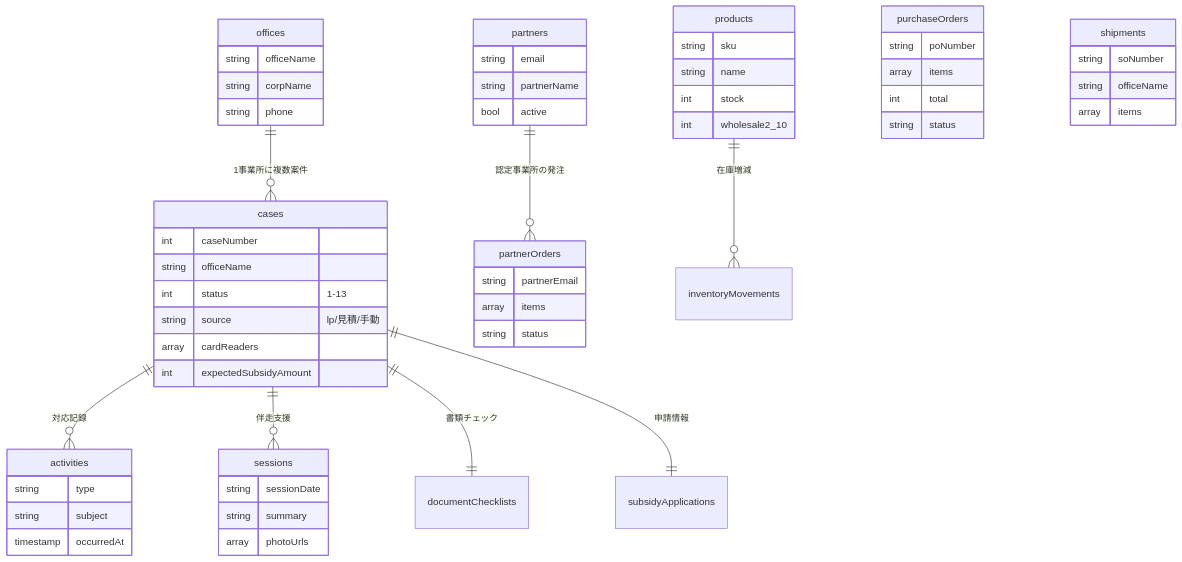
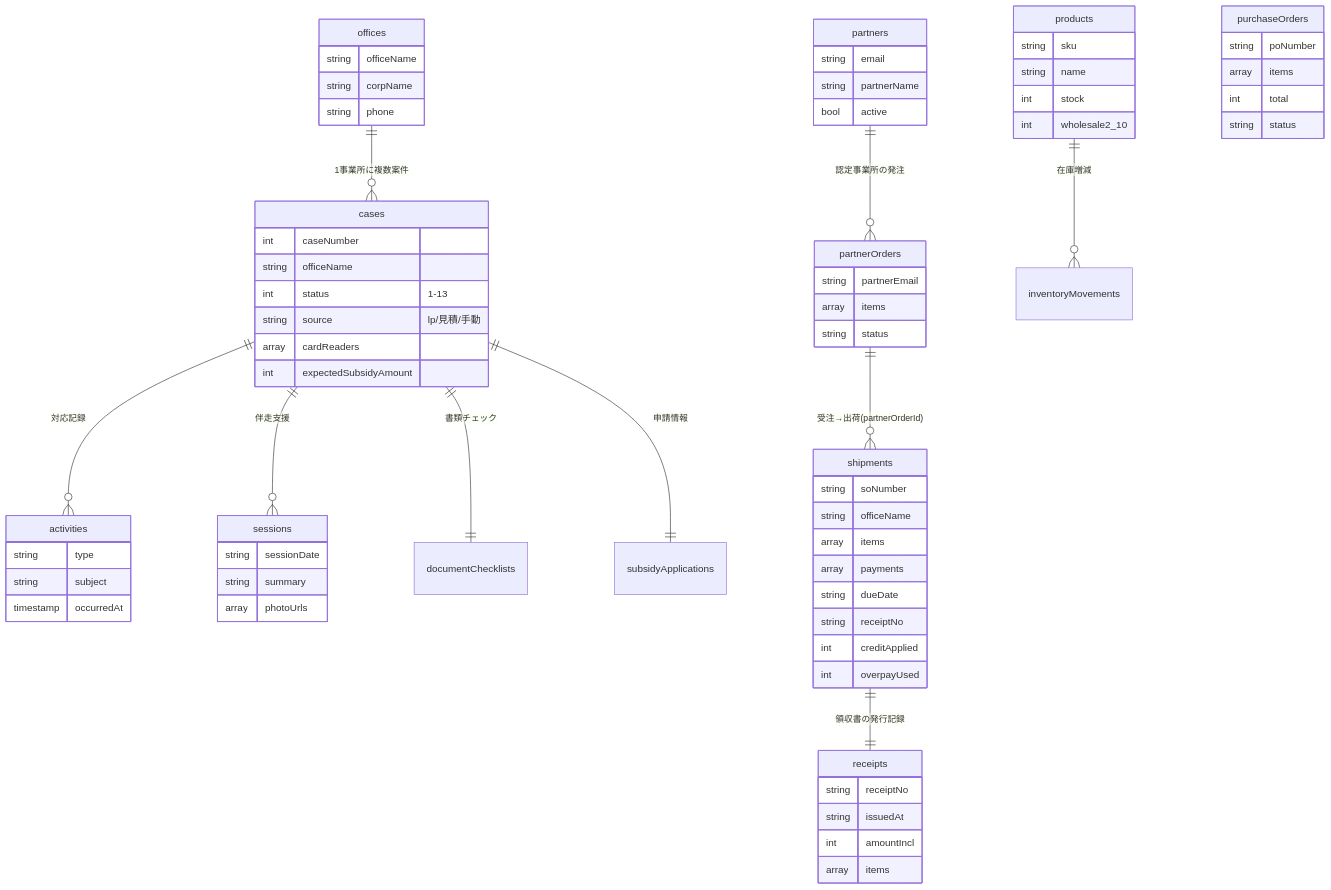
The fifth of 6 diagrams in ENGINEERING_NOTES.md (npo-tadakayo/kjk-tadakayo), drawn with Mermaid before and after one commit. The commit also changed other lines of this file and 3 other files, not shown here.

````diff
--- a/ENGINEERING_NOTES.md
+++ b/ENGINEERING_NOTES.md
@@ -337,26 +338,29 @@
 ```mermaid
 erDiagram
   offices ||--o{ cases : "1事業所に複数案件"
   cases ||--o{ activities : "対応記録"
   cases ||--o{ sessions : "伴走支援"
   cases ||--|| documentChecklists : "書類チェック"
   cases ||--|| subsidyApplications : "申請情報"
   partners ||--o{ partnerOrders : "認定事業所の発注"
   products ||--o{ inventoryMovements : "在庫増減"
+  partnerOrders ||--o{ shipments : "受注→出荷(partnerOrderId)"
+  shipments ||--|| receipts : "領収書の発行記録"
   cases {
     int caseNumber
     string officeName
     int status "1-13"
     string source "lp/見積/手動"
     array cardReaders
     int expectedSubsidyAmount
   }
   offices { string officeName string corpName string phone }
   activities { string type string subject timestamp occurredAt }
   sessions { string sessionDate string summary array photoUrls }
   products { string sku string name int stock int wholesale2_10 }
   purchaseOrders { string poNumber array items int total string status }
-  shipments { string soNumber string officeName array items }
+  shipments { string soNumber string officeName array items array payments string dueDate string receiptNo int creditApplied int overpayUsed }
   partners { string email string partnerName bool active }
   partnerOrders { string partnerEmail array items string status }
+  receipts { string receiptNo string issuedAt int amountIncl array items }
 ```
````
